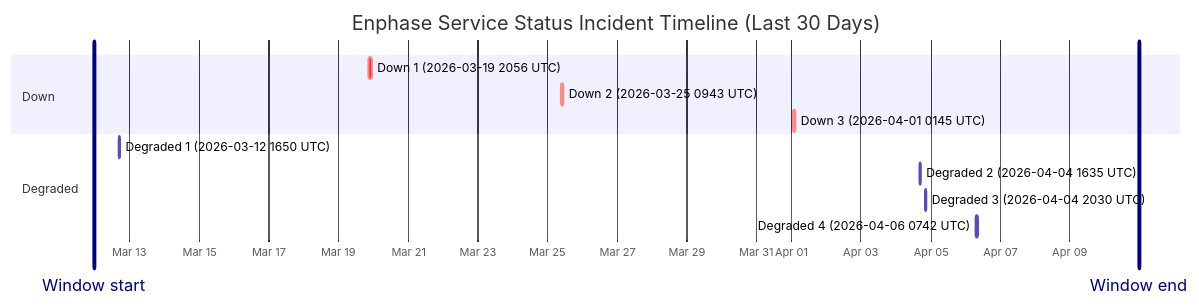
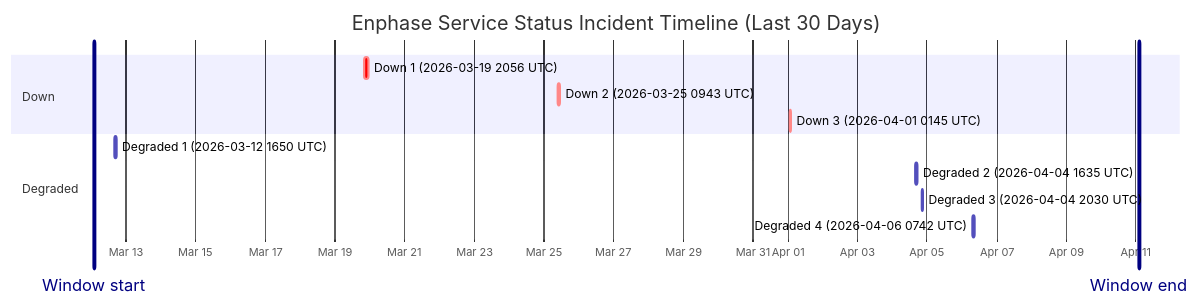
One commit to barneyonline/ha-enphase-ev-charger changed the diagram in wiki/Service-Status-History.md. Above: the diagram before and after it, drawn with Mermaid. The commit also changed other lines of this file and 3 other files, not shown here.

````diff
--- a/wiki/Service-Status-History.md
+++ b/wiki/Service-Status-History.md
@@ -14,17 +14,17 @@
 ```mermaid
 gantt
     title Enphase Service Status Incident Timeline (Last 30 Days)
     dateFormat  YYYY-MM-DDTHH:mm:ss
     axisFormat  %b %d
-    Window start :vert, window-start, 2026-03-11T23:34:29, 0ms
-    Window end :vert, window-end, 2026-04-10T23:34:29, 0ms
+    Window start :vert, window-start, 2026-03-12T02:08:32, 0ms
+    Window end :vert, window-end, 2026-04-11T02:08:32, 0ms
     section Down
     Down 1 (2026-03-19 2056 UTC) :crit, down-1, 2026-03-19T20:56:20, 145m
     Down 2 (2026-03-25 0943 UTC) :crit, down-2, 2026-03-25T09:43:28, 111m
     Down 3 (2026-04-01 0145 UTC) :crit, down-3, 2026-04-01T01:45:09, 60m
     section Degraded
     Degraded 1 (2026-03-12 1650 UTC) :active, degraded-1, 2026-03-12T16:50:43, 60m
     Degraded 2 (2026-04-04 1635 UTC) :active, degraded-2, 2026-04-04T16:35:17, 60m
     Degraded 3 (2026-04-04 2030 UTC) :active, degraded-3, 2026-04-04T20:30:40, 60m
     Degraded 4 (2026-04-06 0742 UTC) :active, degraded-4, 2026-04-06T07:42:09, 85m
 ```
````
